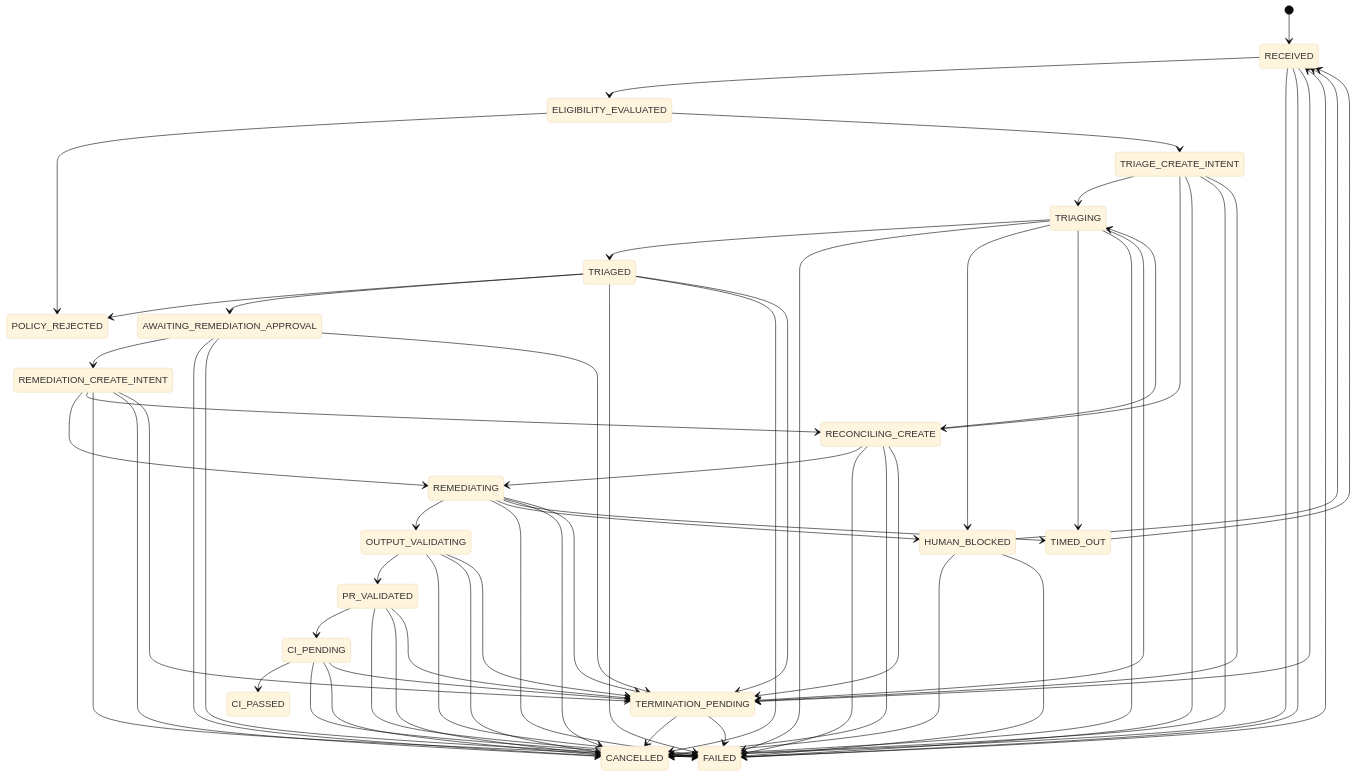
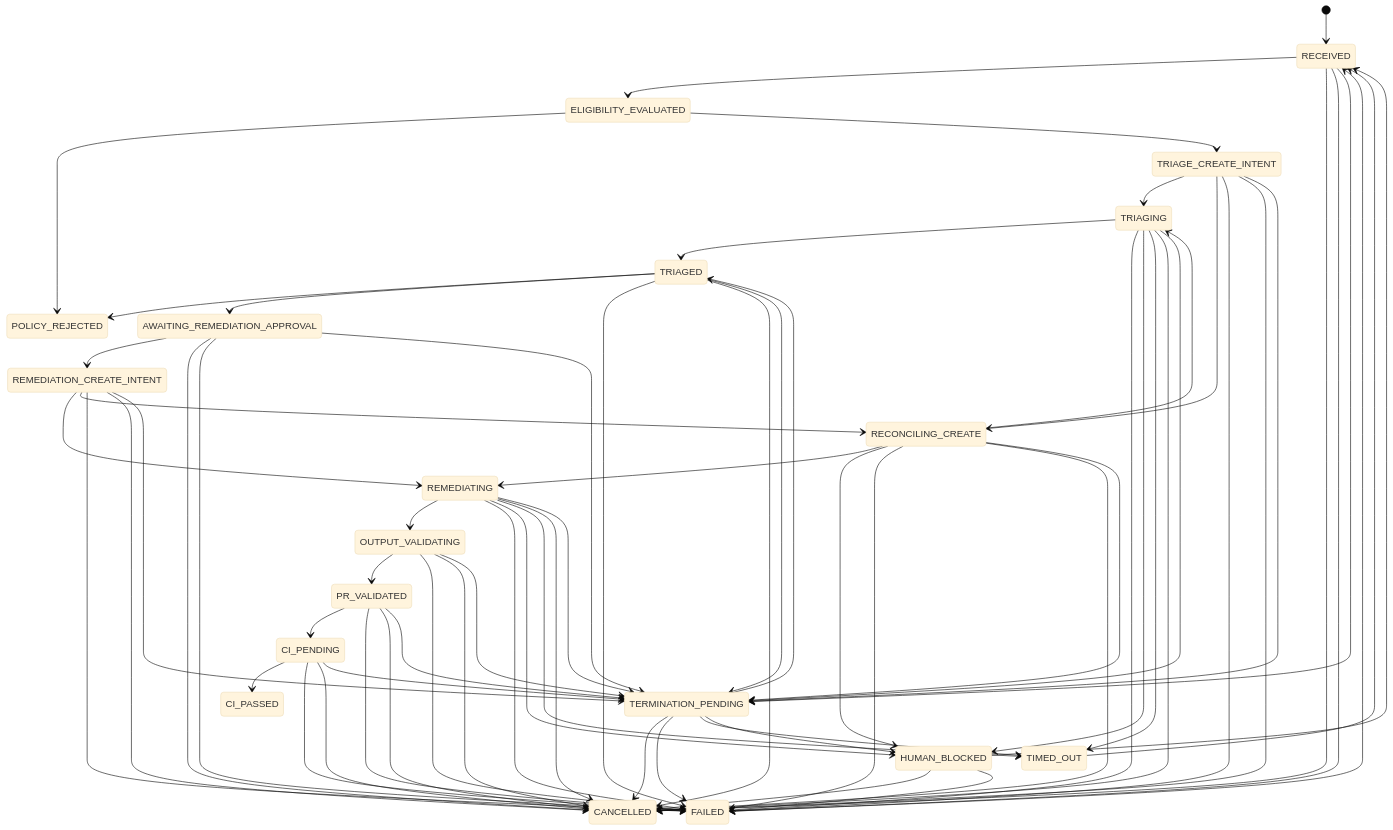
The second of 2 diagrams in docs/architecture.md (marcelaubry/superset-devin-remediator), drawn with Mermaid (base theme) before and after one commit. The commit also changed other lines of this file and 43 other files, not shown here.

````diff
--- a/docs/architecture.md
+++ b/docs/architecture.md
@@ -44,65 +125,69 @@
 ```mermaid
 stateDiagram-v2
   [*] --> RECEIVED
   RECEIVED --> ELIGIBILITY_EVALUATED
   ELIGIBILITY_EVALUATED --> POLICY_REJECTED
   ELIGIBILITY_EVALUATED --> TRIAGE_CREATE_INTENT
   TRIAGE_CREATE_INTENT --> TRIAGING
   TRIAGE_CREATE_INTENT --> RECONCILING_CREATE
   TRIAGE_CREATE_INTENT --> FAILED
   TRIAGE_CREATE_INTENT --> CANCELLED
   TRIAGE_CREATE_INTENT --> TERMINATION_PENDING
   TRIAGING --> TRIAGED
   TRIAGING --> FAILED
   TRIAGING --> HUMAN_BLOCKED
   TRIAGING --> TIMED_OUT
   TRIAGED --> POLICY_REJECTED
   TRIAGED --> AWAITING_REMEDIATION_APPROVAL
   TRIAGED --> FAILED
   TRIAGED --> CANCELLED
   TRIAGED --> TERMINATION_PENDING
   AWAITING_REMEDIATION_APPROVAL --> REMEDIATION_CREATE_INTENT
   AWAITING_REMEDIATION_APPROVAL --> CANCELLED
   AWAITING_REMEDIATION_APPROVAL --> FAILED
   REMEDIATION_CREATE_INTENT --> REMEDIATING
   REMEDIATION_CREATE_INTENT --> RECONCILING_CREATE
   REMEDIATION_CREATE_INTENT --> FAILED
   REMEDIATION_CREATE_INTENT --> CANCELLED
   REMEDIATION_CREATE_INTENT --> TERMINATION_PENDING
   REMEDIATING --> OUTPUT_VALIDATING
   REMEDIATING --> FAILED
   REMEDIATING --> HUMAN_BLOCKED
   REMEDIATING --> TIMED_OUT
   OUTPUT_VALIDATING --> PR_VALIDATED
   OUTPUT_VALIDATING --> FAILED
   OUTPUT_VALIDATING --> CANCELLED
   OUTPUT_VALIDATING --> TERMINATION_PENDING
   PR_VALIDATED --> CI_PENDING
   PR_VALIDATED --> FAILED
   PR_VALIDATED --> CANCELLED
   PR_VALIDATED --> TERMINATION_PENDING
   CI_PENDING --> CI_PASSED
   CI_PENDING --> FAILED
   CI_PENDING --> CANCELLED
   CI_PENDING --> TERMINATION_PENDING
   HUMAN_BLOCKED --> RECEIVED
   HUMAN_BLOCKED --> CANCELLED
   HUMAN_BLOCKED --> FAILED
   FAILED --> RECEIVED
   TIMED_OUT --> RECEIVED
   TERMINATION_PENDING --> CANCELLED
   TERMINATION_PENDING --> FAILED
   RECEIVED --> CANCELLED
   RECEIVED --> FAILED
   RECEIVED --> TERMINATION_PENDING
   TRIAGING --> CANCELLED
   TRIAGING --> TERMINATION_PENDING
   REMEDIATING --> CANCELLED
   REMEDIATING --> TERMINATION_PENDING
   AWAITING_REMEDIATION_APPROVAL --> TERMINATION_PENDING
   RECONCILING_CREATE --> TRIAGING
   RECONCILING_CREATE --> REMEDIATING
+  RECONCILING_CREATE --> HUMAN_BLOCKED
   RECONCILING_CREATE --> FAILED
   RECONCILING_CREATE --> CANCELLED
   RECONCILING_CREATE --> TERMINATION_PENDING
+  TERMINATION_PENDING --> TIMED_OUT
+  TERMINATION_PENDING --> TRIAGED
+  TERMINATION_PENDING --> HUMAN_BLOCKED
 ```
````
